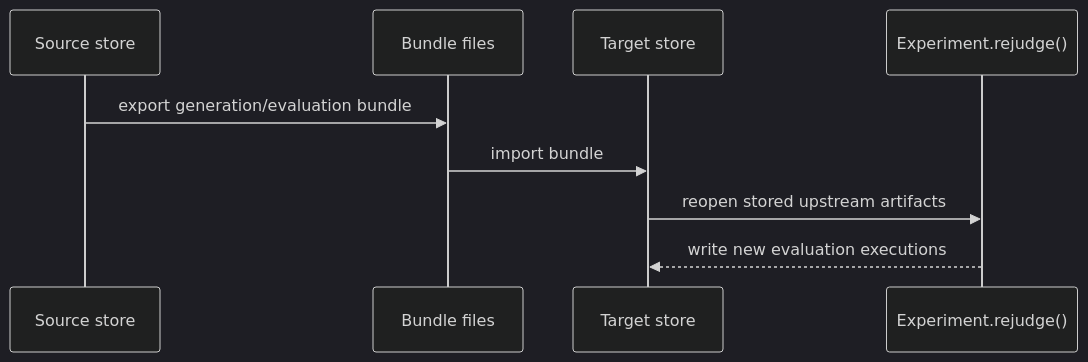
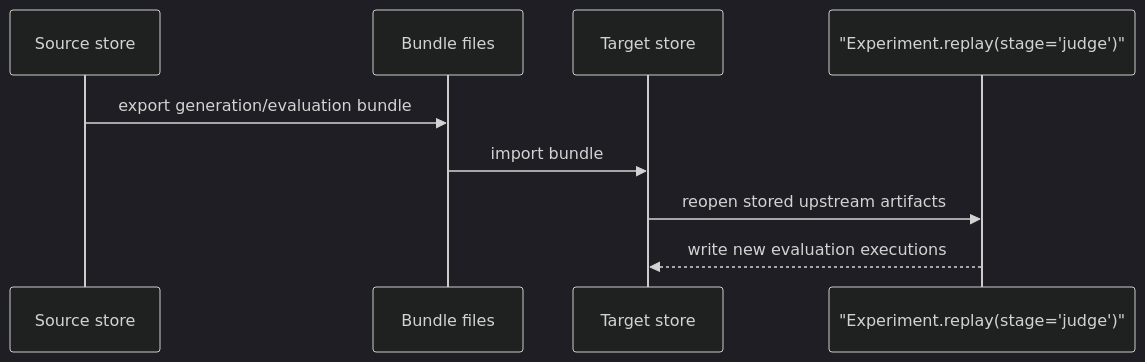
Before and after one commit to Pittawat2542/themis: the diagram in docs/how-to/reproduce-and-rejudge-runs.md, drawn with Mermaid (dark theme). The commit also changed other lines of this file and 23 other files, not shown here.

Commit message:
docs(architecture): align v4 plan and public docs with final model

````diff
--- a/docs/how-to/reproduce-and-rejudge-runs.md
+++ b/docs/how-to/reproduce-and-rejudge-runs.md
@@ -20,11 +20,11 @@
 ```mermaid
 sequenceDiagram
     participant S as Source store
     participant B as Bundle files
     participant T as Target store
-    participant E as Experiment.rejudge()
+    participant E as "Experiment.replay(stage='judge')"
     S->>B: export generation/evaluation bundle
     B->>T: import bundle
     T->>E: reopen stored upstream artifacts
     E-->>T: write new evaluation executions
 ```
````
